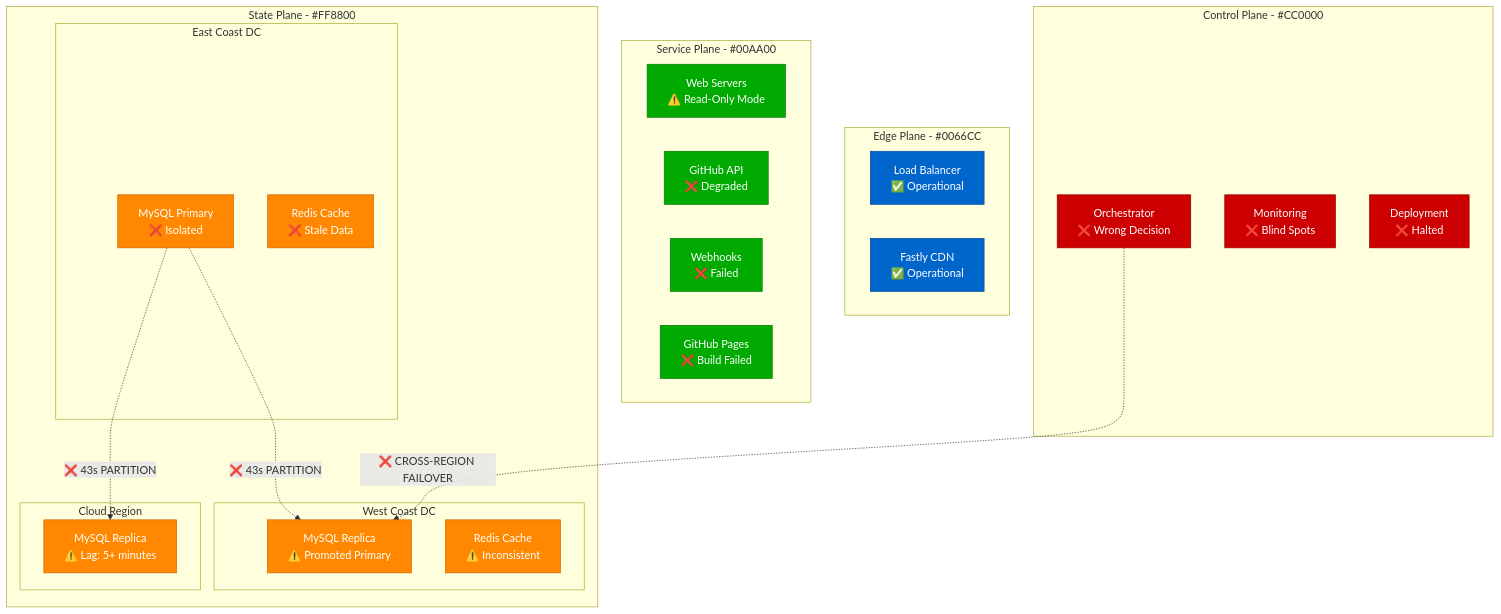
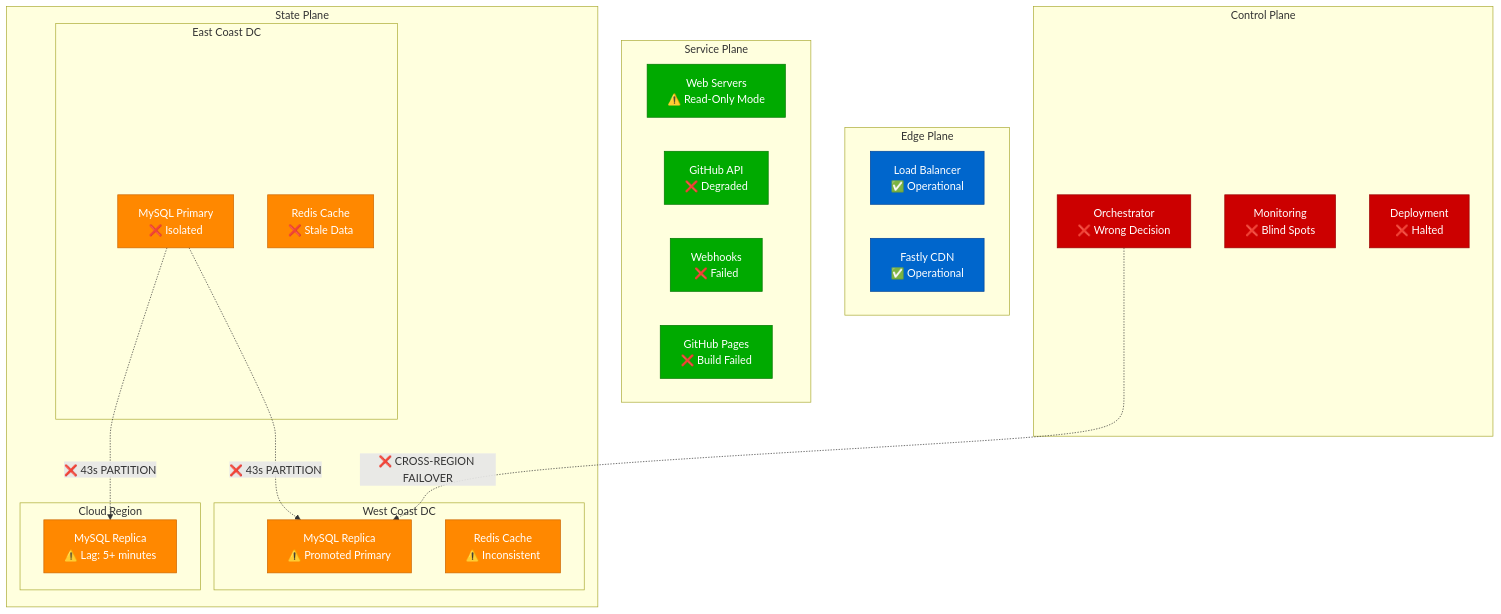
Before and after one commit to deepaucksharma/DS: the second of 12 diagrams in site/docs/incidents/github-october-21-2018-database-failure.md, drawn with Mermaid. The commit also changed 169 other files, not shown here.

````diff
--- a/site/docs/incidents/github-october-21-2018-database-failure.md
+++ b/site/docs/incidents/github-october-21-2018-database-failure.md
@@ -44,52 +44,52 @@
 ```mermaid
 graph TB
-    subgraph EdgePlane[Edge Plane - #0066CC]
+    subgraph EdgePlane["Edge Plane"]
         LB[Load Balancer<br/>✅ Operational]
         CDN[Fastly CDN<br/>✅ Operational]
     end
 
-    subgraph ServicePlane[Service Plane - #00AA00]
+    subgraph ServicePlane["Service Plane"]
         WEB[Web Servers<br/>⚠️ Read-Only Mode]
         API[GitHub API<br/>❌ Degraded]
         WH[Webhooks<br/>❌ Failed]
         PAGES[GitHub Pages<br/>❌ Build Failed]
     end
 
-    subgraph StatePlane[State Plane - #FF8800]
+    subgraph StatePlane["State Plane"]
         subgraph EastCoast[East Coast DC]
             MySQL_E[MySQL Primary<br/>❌ Isolated]
             REDIS_E[Redis Cache<br/>❌ Stale Data]
         end
 
         subgraph WestCoast[West Coast DC]
             MySQL_W[MySQL Replica<br/>⚠️ Promoted Primary]
             REDIS_W[Redis Cache<br/>⚠️ Inconsistent]
         end
 
         subgraph Cloud[Cloud Region]
             MySQL_C[MySQL Replica<br/>⚠️ Lag: 5+ minutes]
         end
     end
 
-    subgraph ControlPlane[Control Plane - #CC0000]
+    subgraph ControlPlane["Control Plane"]
         ORCH[Orchestrator<br/>❌ Wrong Decision]
         MON[Monitoring<br/>❌ Blind Spots]
         DEPLOY[Deployment<br/>❌ Halted]
     end
 
     %% Network partition indicated by broken lines
     MySQL_E -.->|❌ 43s PARTITION| MySQL_W
     MySQL_E -.->|❌ 43s PARTITION| MySQL_C
     ORCH -.->|❌ CROSS-REGION FAILOVER| MySQL_W
 
     %% Apply four-plane colors
     classDef edgeStyle fill:#0066CC,stroke:#004499,color:#fff
     classDef serviceStyle fill:#00AA00,stroke:#007700,color:#fff
     classDef stateStyle fill:#FF8800,stroke:#CC6600,color:#fff
     classDef controlStyle fill:#CC0000,stroke:#990000,color:#fff
 
     class LB,CDN edgeStyle
     class WEB,API,WH,PAGES serviceStyle
     class MySQL_E,MySQL_W,MySQL_C,REDIS_E,REDIS_W stateStyle
     class ORCH,MON,DEPLOY controlStyle
 ```
````
